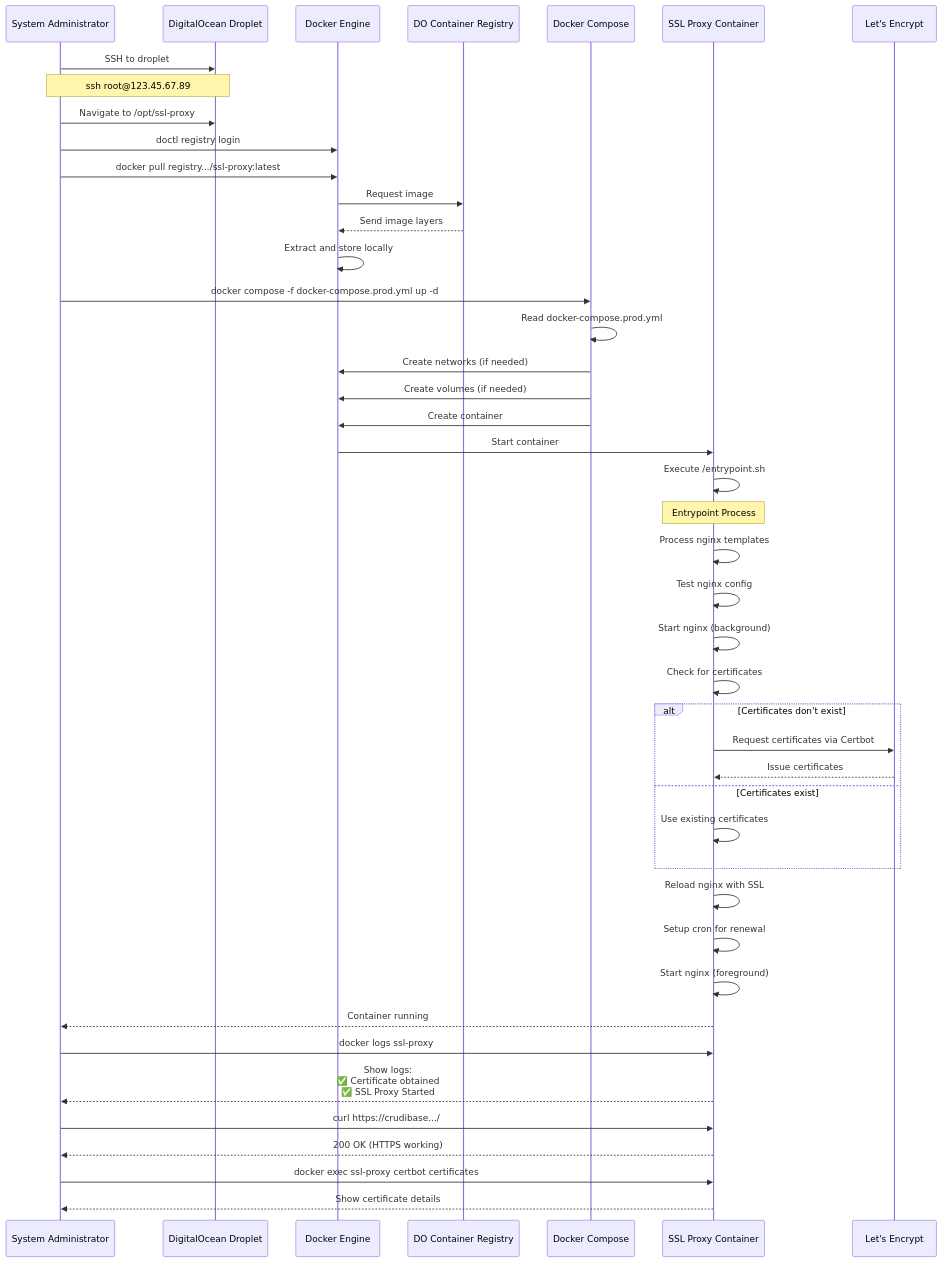
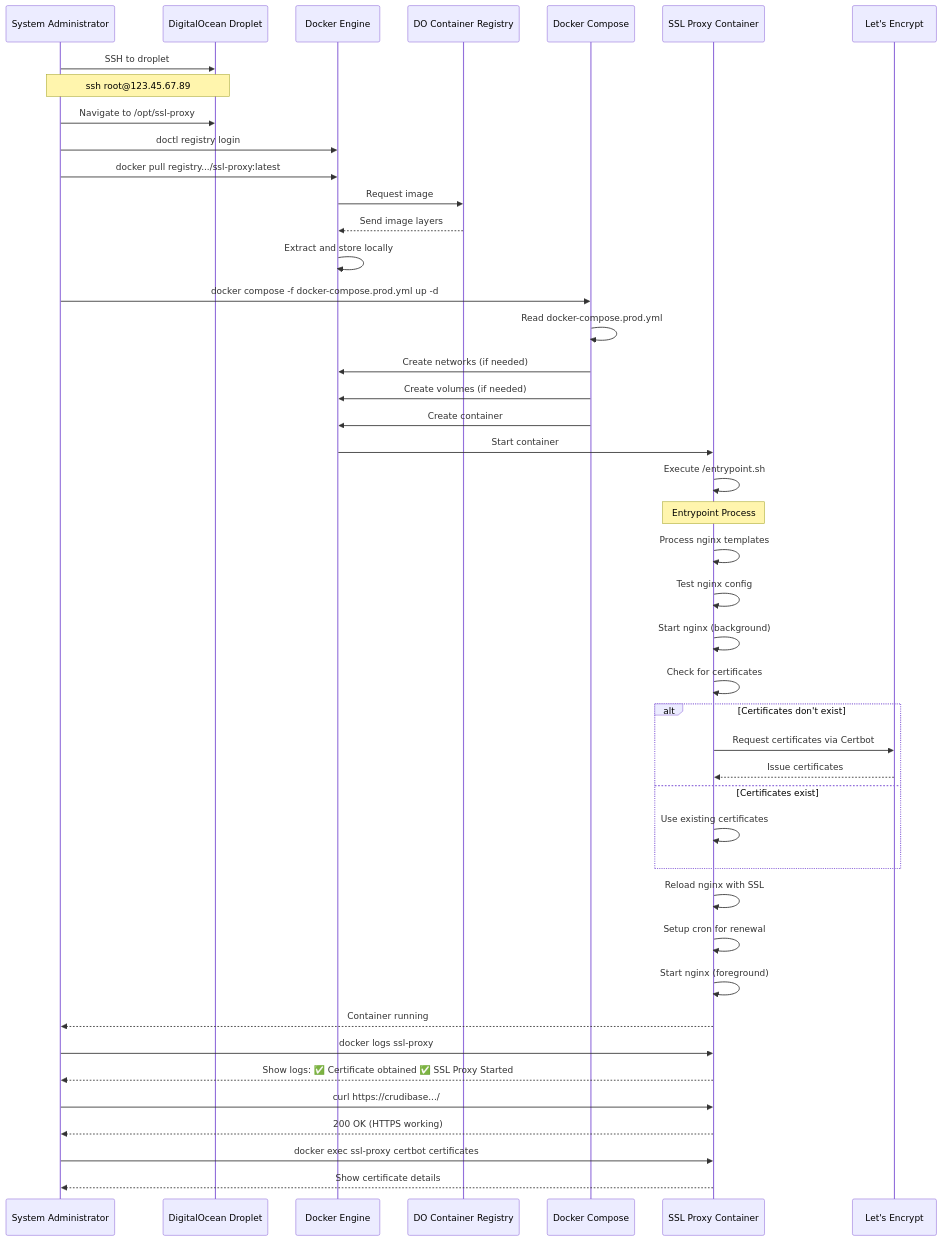
The seventh of 9 diagrams in wiki/Deployment-Workflow.md (softwarewrighter/ssl-proxy-for-do), drawn with Mermaid before and after one commit. The commit also changed other lines of this file and 3 other files, not shown here.

First line of the commit message:
Remove all remaining br tags from sequence diagrams

````diff
--- a/wiki/Deployment-Workflow.md
+++ b/wiki/Deployment-Workflow.md
@@ -332,59 +332,59 @@
 ```mermaid
 sequenceDiagram
     participant Admin as System Administrator
     participant Droplet as DigitalOcean Droplet
     participant Docker as Docker Engine
     participant Registry as DO Container Registry
     participant Compose as Docker Compose
     participant Container as SSL Proxy Container
     participant LE as Let's Encrypt
 
     Admin->>Droplet: SSH to droplet
-    Note over Admin,Droplet: ssh root@123.45.67.89
+ Note over Admin,Droplet: ssh root@123.45.67.89
 
     Admin->>Droplet: Navigate to /opt/ssl-proxy
     Admin->>Docker: doctl registry login
 
     Admin->>Docker: docker pull registry.../ssl-proxy:latest
     Docker->>Registry: Request image
     Registry-->>Docker: Send image layers
     Docker->>Docker: Extract and store locally
 
     Admin->>Compose: docker compose -f docker-compose.prod.yml up -d
     Compose->>Compose: Read docker-compose.prod.yml
     Compose->>Docker: Create networks (if needed)
     Compose->>Docker: Create volumes (if needed)
     Compose->>Docker: Create container
 
     Docker->>Container: Start container
     Container->>Container: Execute /entrypoint.sh
 
-    Note over Container: Entrypoint Process
+ Note over Container: Entrypoint Process
 
     Container->>Container: Process nginx templates
     Container->>Container: Test nginx config
     Container->>Container: Start nginx (background)
 
     Container->>Container: Check for certificates
     alt Certificates don't exist
         Container->>LE: Request certificates via Certbot
         LE-->>Container: Issue certificates
     else Certificates exist
         Container->>Container: Use existing certificates
     end
 
     Container->>Container: Reload nginx with SSL
     Container->>Container: Setup cron for renewal
     Container->>Container: Start nginx (foreground)
 
     Container-->>Admin: Container running
 
     Admin->>Container: docker logs ssl-proxy
-    Container-->>Admin: Show logs:<br/>✅ Certificate obtained<br/>✅ SSL Proxy Started
+    Container-->>Admin: Show logs: ✅ Certificate obtained ✅ SSL Proxy Started
 
     Admin->>Container: curl https://crudibase.../
     Container-->>Admin: 200 OK (HTTPS working)
 
     Admin->>Container: docker exec ssl-proxy certbot certificates
     Container-->>Admin: Show certificate details
 ```
````
